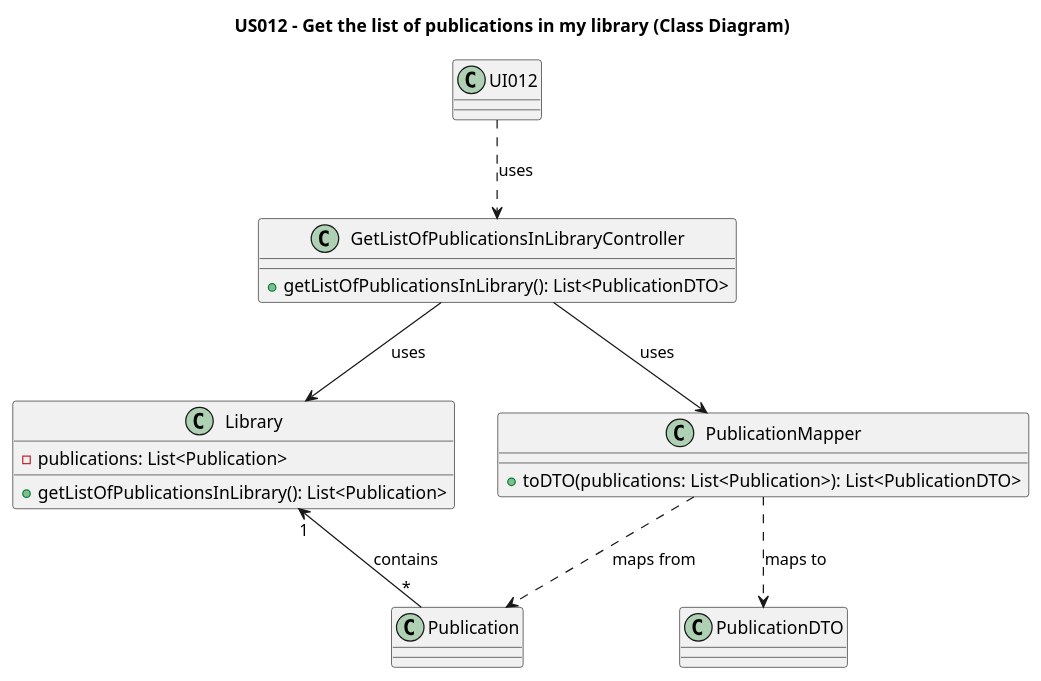
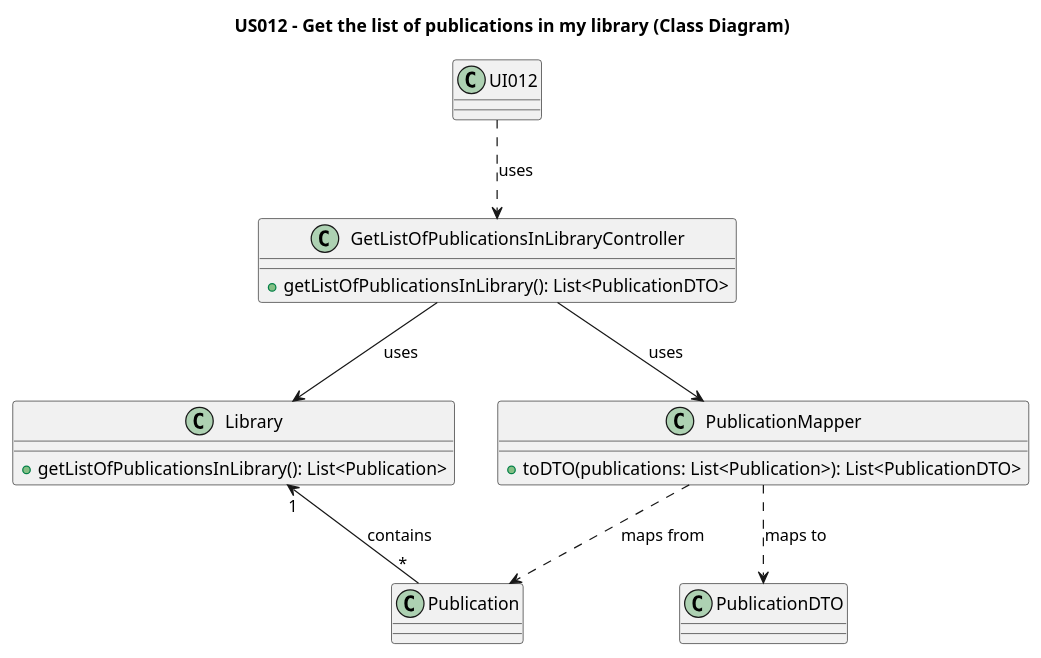
One commit to AndrePereiraGitH/SWitCH-Project-Team_A changed the diagram in Diagrams/ClassDiagrams/US012-To-Get-List-Publications.puml. Above: the diagram before and after it, drawn with PlantUML. The commit also changed 4 other files, not shown here.

Commit message:
Working on #106 #104, made some minor alterations to the diagrams

```diff
--- a/Diagrams/ClassDiagrams/US012-To-Get-List-Publications.puml
+++ b/Diagrams/ClassDiagrams/US012-To-Get-List-Publications.puml
@@ -1,38 +1,37 @@
 @startuml
 title US012 - Get the list of publications in my library (Class Diagram)
 
 class UI012 {
 }
 
 class GetListOfPublicationsInLibraryController {
     +getListOfPublicationsInLibrary(): List<PublicationDTO>
 }
 
 class Library {
-    -publications: List<Publication>
     +getListOfPublicationsInLibrary(): List<Publication>
 }
 
 class Publication {
 }
 
 class PublicationDTO {
 }
 
 class PublicationMapper {
     +toDTO(publications: List<Publication>): List<PublicationDTO>
 }
 
 ' ---------------- Relationships ----------------
 
 UI012 ..> GetListOfPublicationsInLibraryController : uses
 
 GetListOfPublicationsInLibraryController --> Library : uses
 GetListOfPublicationsInLibraryController --> PublicationMapper : uses
 
 Library "1" <-- "*" Publication : contains
 
 PublicationMapper ..> Publication : maps from
 PublicationMapper ..> PublicationDTO : maps to
 
 @enduml
```
